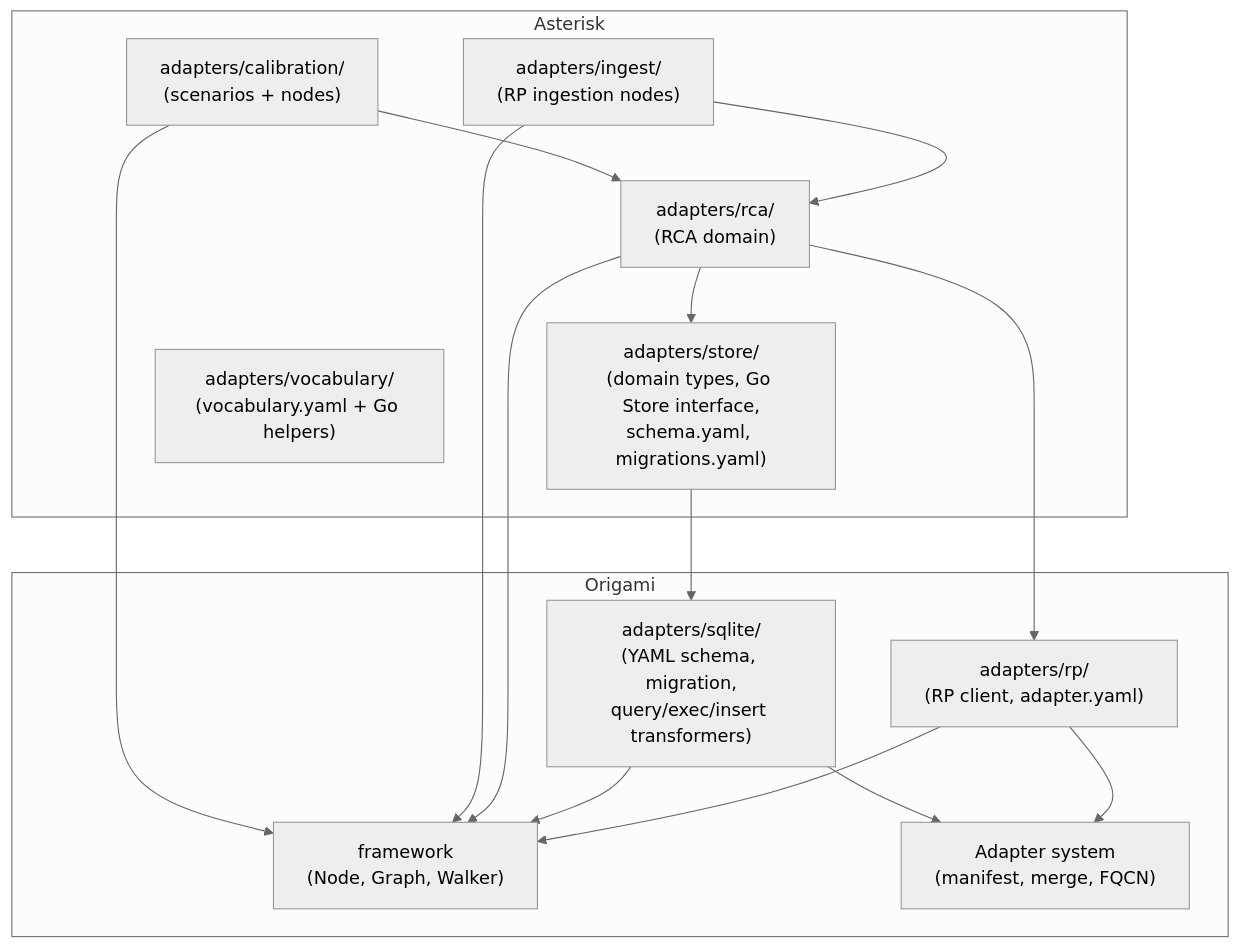
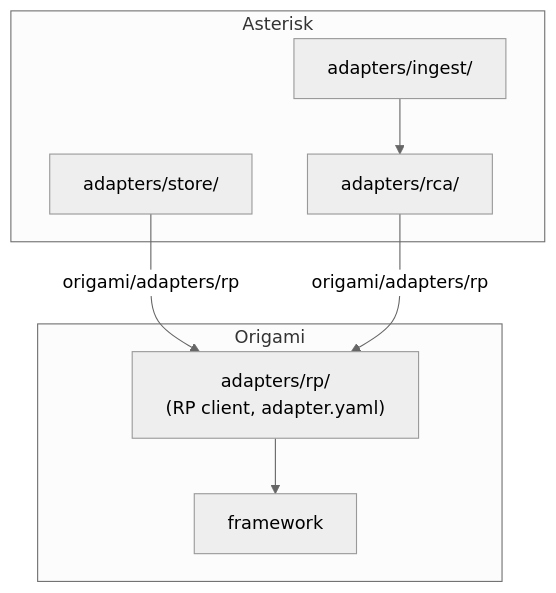
Before and after one commit to dpopsuev/asterisk: the second of 2 diagrams in .cursor/contracts/draft/adapter-migration.md, drawn with Mermaid (neutral theme). The commit also changed other lines of this file and 5 other files, not shown here.

````diff
--- a/.cursor/contracts/draft/adapter-migration.md
+++ b/.cursor/contracts/draft/adapter-migration.md
@@ -60,28 +37,16 @@
 ```mermaid
 flowchart TB
   subgraph origami [Origami]
-    fw["framework\n(Node, Graph, Walker)"]
-    adapterSys["Adapter system\n(manifest, merge, FQCN)"]
+    fw["framework"]
     rpOrigami["adapters/rp/\n(RP client, adapter.yaml)"]
-    sqliteOrigami["adapters/sqlite/\n(YAML schema, migration,\nquery/exec/insert transformers)"]
   end
   subgraph asterisk [Asterisk]
-    store["adapters/store/\n(domain types, Go Store interface,\nschema.yaml, migrations.yaml)"]
-    vocab["adapters/vocabulary/\n(vocabulary.yaml + Go helpers)"]
-    rca["adapters/rca/\n(RCA domain)"]
-    ingest["adapters/ingest/\n(RP ingestion nodes)"]
-    cal["adapters/calibration/\n(scenarios + nodes)"]
+    store["adapters/store/"]
+    rca["adapters/rca/"]
+    ingest["adapters/ingest/"]
   end
   rpOrigami --> fw
-  rpOrigami --> adapterSys
-  sqliteOrigami --> fw
-  sqliteOrigami --> adapterSys
-  store --> sqliteOrigami
-  rca --> rpOrigami
-  rca --> store
-  rca --> fw
+  store -->|"origami/adapters/rp"| rpOrigami
+  rca -->|"origami/adapters/rp"| rpOrigami
   ingest --> rca
-  ingest --> fw
-  cal --> rca
-  cal --> fw
 ```
````
